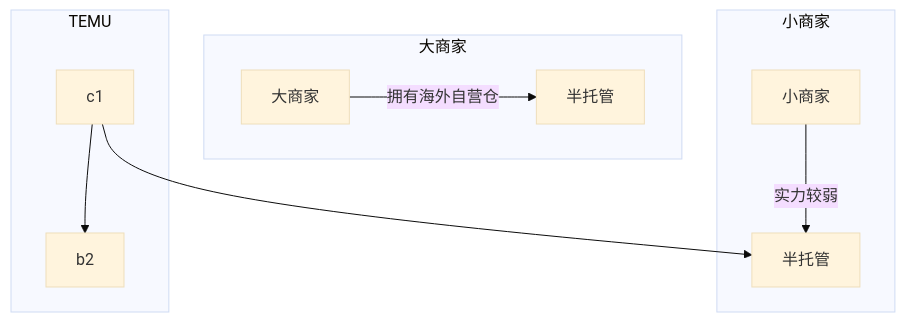
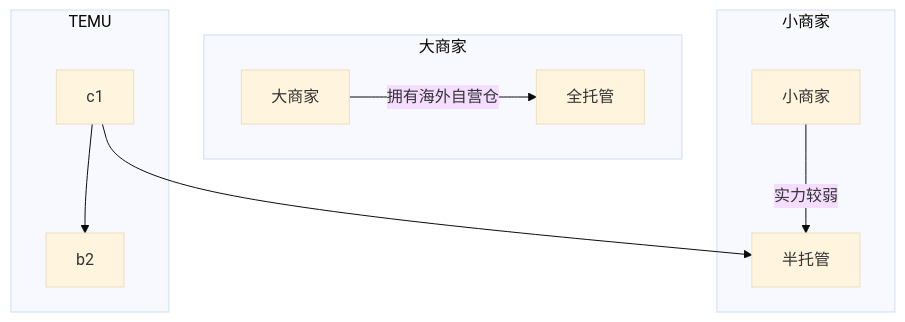
Before and after one commit to Zora0203/iodraw-files: the diagram in all/TEMU链路图.md, drawn with Mermaid (base theme).

Commit message:
2024-12-06 16:32:42 update

````diff
--- a/all/TEMU链路图.md
+++ b/all/TEMU链路图.md
@@ -1,18 +1,18 @@
 ```mermaid
 flowchart TB
 
     subgraph 小商家
     a1[小商家]--实力较弱-->ban[半托管]
     end
 
 
     subgraph 大商家
-    b1[大商家]--拥有海外自营仓-->b[半托管]
+    b1[大商家]--拥有海外自营仓-->quan[全托管]
     end
 
 
     subgraph TEMU
     c1-->b2
     c1-->ban
     end
 ```
````
